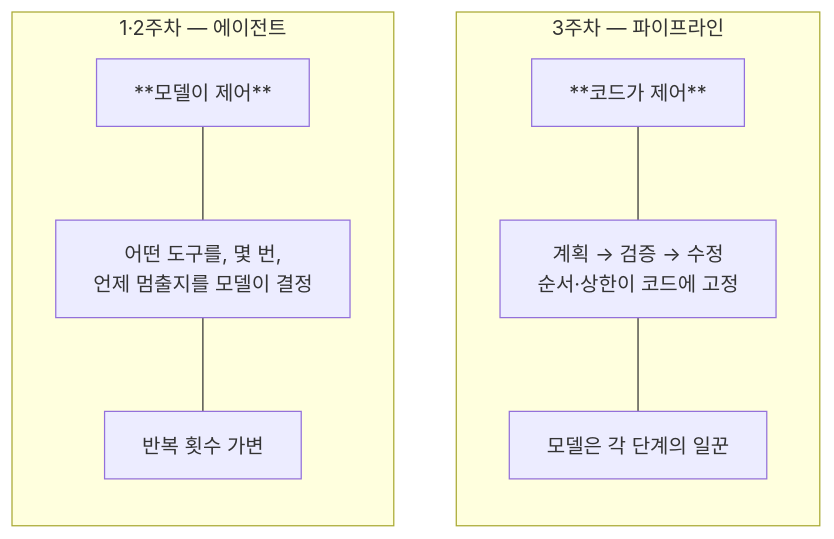
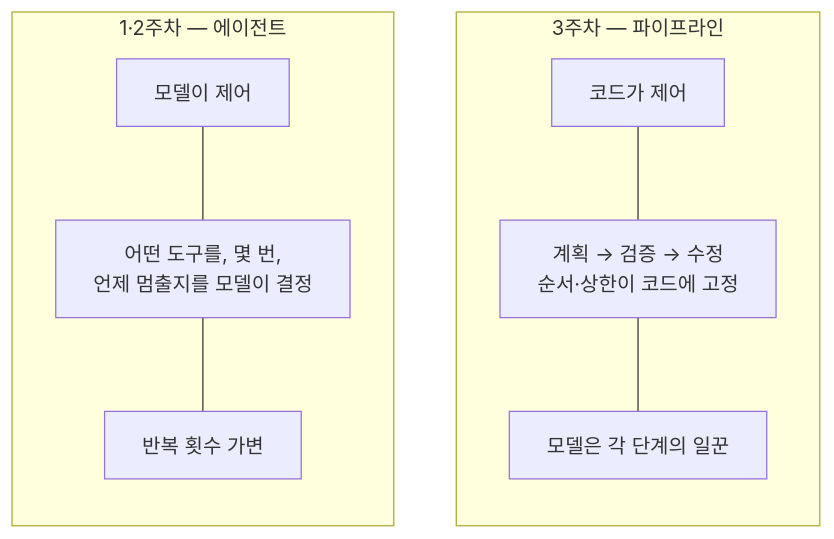
The first of 9 diagrams in site/src/content/courses/ko/session-03.mdx (2026-ai-service-engineering-a/ai_service_engineering-track_a), drawn with Mermaid before and after one commit. The commit also changed other lines of this file, not shown here.

````diff
--- a/site/src/content/courses/ko/session-03.mdx
+++ b/site/src/content/courses/ko/session-03.mdx
@@ -96,20 +100,20 @@
 ```mermaid
 flowchart LR
     subgraph agent["1·2주차 — 에이전트"]
         direction TB
-        A1["**모델이 제어**"]
+        A1["모델이 제어"]
         A2["어떤 도구를, 몇 번,<br/>언제 멈출지를 모델이 결정"]
         A3["반복 횟수 가변"]
         A1 --- A2 --- A3
     end
 
     subgraph pipe["3주차 — 파이프라인"]
         direction TB
-        B1["**코드가 제어**"]
+        B1["코드가 제어"]
         B2["계획 → 검증 → 수정<br/>순서·상한이 코드에 고정"]
         B3["모델은 각 단계의 일꾼"]
         B1 --- B2 --- B3
     end
 
     agent ~~~ pipe
 ```
````
